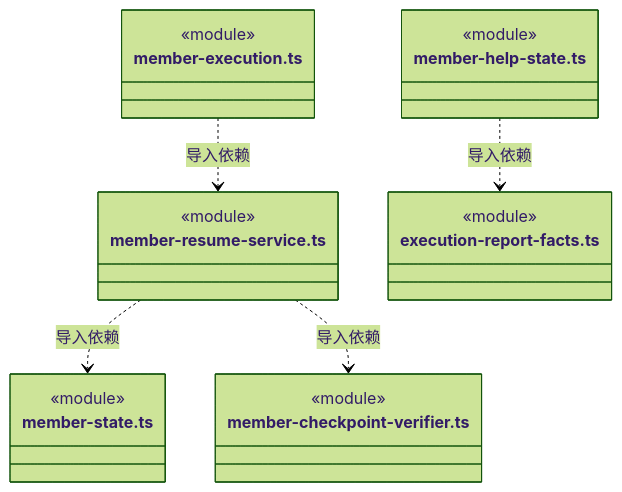
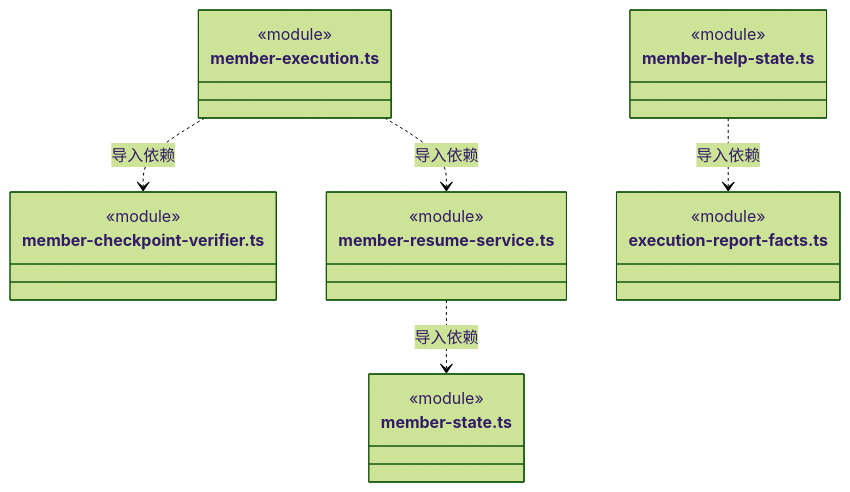
Diagram 51 of 59 in src/backend/scheduler-engine/execution/ARCHITECTURE.md (nan023062/cbim), drawn with Mermaid (forest theme) before and after one commit. The commit also changed other lines of this file and 52 other files, not shown here.

````diff
--- a/src/backend/scheduler-engine/execution/ARCHITECTURE.md
+++ b/src/backend/scheduler-engine/execution/ARCHITECTURE.md
@@ -1300,25 +1362,25 @@
 ```mermaid
 classDiagram
 class N_src_backend_scheduler_engine_execution_member_execution_ts["member-execution.ts"] {
+  <<module>>
+}
+class N_src_backend_scheduler_engine_execution_member_checkpoint_verifier_ts["member-checkpoint-verifier.ts"] {
   <<module>>
 }
 class N_src_backend_scheduler_engine_execution_member_resume_service_ts["member-resume-service.ts"] {
   <<module>>
 }
 class N_src_backend_scheduler_engine_execution_member_help_state_ts["member-help-state.ts"] {
   <<module>>
 }
 class N_src_backend_scheduler_engine_execution_execution_report_facts_ts["execution-report-facts.ts"] {
   <<module>>
 }
 class N_src_backend_scheduler_engine_execution_member_state_ts["member-state.ts"] {
   <<module>>
 }
-class N_src_backend_scheduler_engine_execution_member_checkpoint_verifier_ts["member-checkpoint-verifier.ts"] {
-  <<module>>
-}
+N_src_backend_scheduler_engine_execution_member_execution_ts ..> N_src_backend_scheduler_engine_execution_member_checkpoint_verifier_ts : 导入依赖
 N_src_backend_scheduler_engine_execution_member_execution_ts ..> N_src_backend_scheduler_engine_execution_member_resume_service_ts : 导入依赖
 N_src_backend_scheduler_engine_execution_member_help_state_ts ..> N_src_backend_scheduler_engine_execution_execution_report_facts_ts : 导入依赖
 N_src_backend_scheduler_engine_execution_member_resume_service_ts ..> N_src_backend_scheduler_engine_execution_member_state_ts : 导入依赖
-N_src_backend_scheduler_engine_execution_member_resume_service_ts ..> N_src_backend_scheduler_engine_execution_member_checkpoint_verifier_ts : 导入依赖
 ```
````
